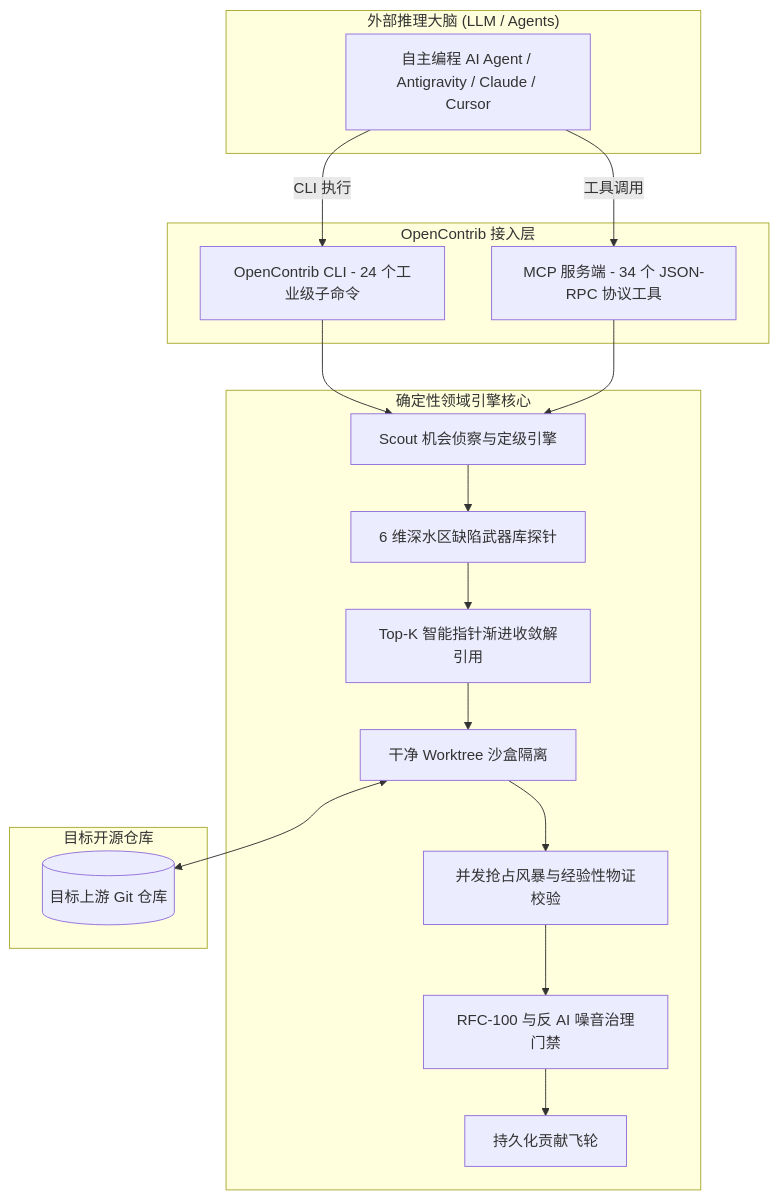
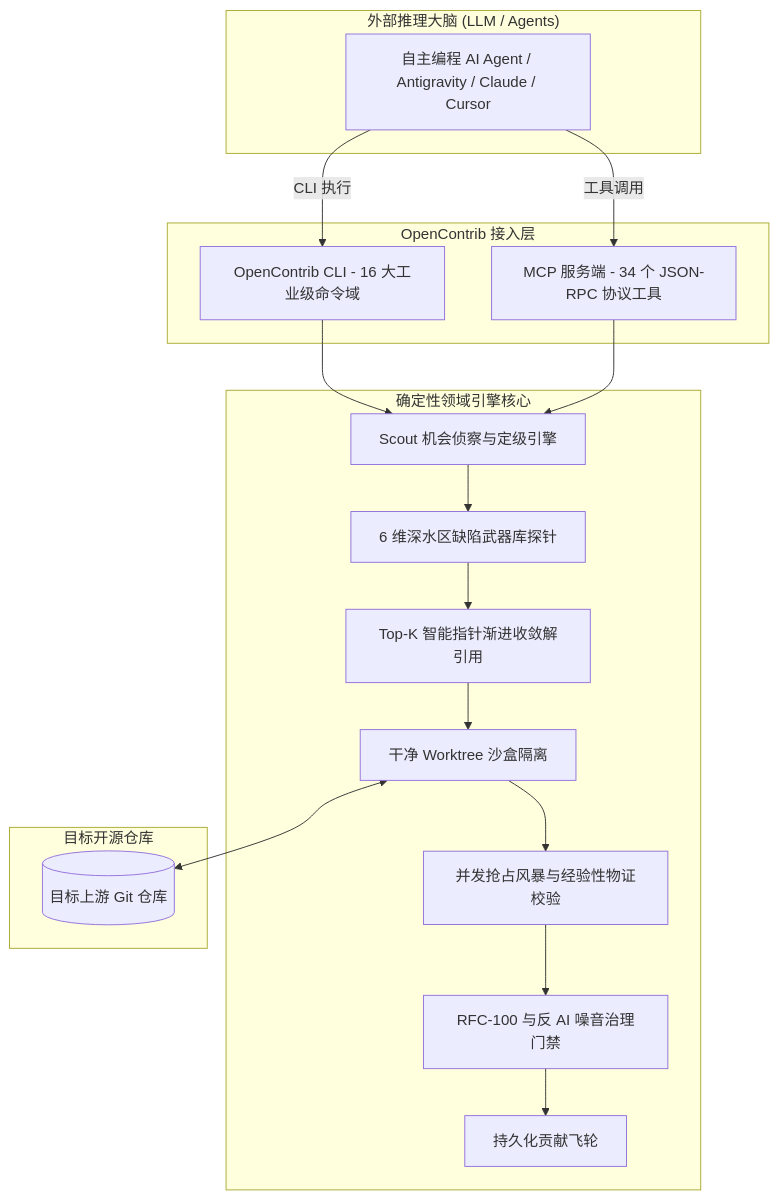
Before and after one commit to MeiSiristhebest/opencontrib: the diagram in ARCHITECTURE_zh.md, drawn with Mermaid. The commit also changed other lines of this file and 75 other files, not shown here.

````diff
--- a/ARCHITECTURE_zh.md
+++ b/ARCHITECTURE_zh.md
@@ -9,37 +9,37 @@
 ```mermaid
 graph TD
     subgraph "外部推理大脑 (LLM / Agents)"
         Agent[自主编程 AI Agent / Antigravity / Claude / Cursor]
     end
 
     subgraph "OpenContrib 接入层"
-        CLI[OpenContrib CLI - 24 个工业级子命令]
+        CLI[OpenContrib CLI - 16 大工业级命令域]
         MCP[MCP 服务端 - 34 个 JSON-RPC 协议工具]
     end
 
     subgraph "确定性领域引擎核心"
         Discovery[Scout 机会侦察与定级引擎]
         Probe[6 维深水区缺陷武器库探针]
         Pointer[Top-K 智能指针渐进收敛解引用]
         Sandbox[干净 Worktree 沙盒隔离]
         Evidence[并发抢占风暴与经验性物证校验]
         Gov[RFC-100 与反 AI 噪音治理门禁]
         Flywheel[持久化贡献飞轮]
     end
 
     subgraph "目标开源仓库"
         Repo[(目标上游 Git 仓库)]
     end
 
     Agent -->|CLI 执行| CLI
     Agent -->|工具调用| MCP
     CLI --> Discovery
     MCP --> Discovery
     Discovery --> Probe
     Probe --> Pointer
     Pointer --> Sandbox
     Sandbox --> Evidence
     Evidence --> Gov
     Gov --> Flywheel
     Sandbox <--> Repo
 ```
````
